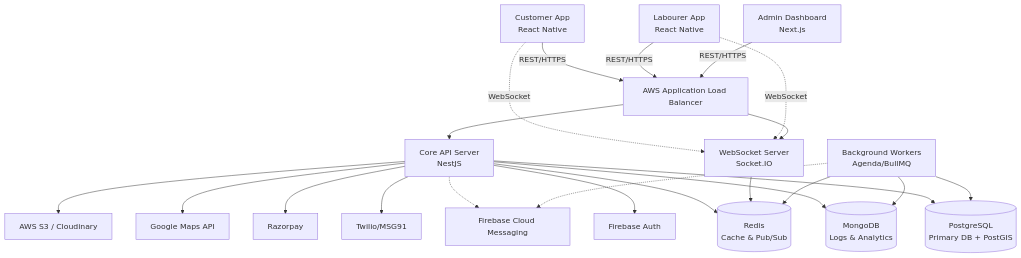
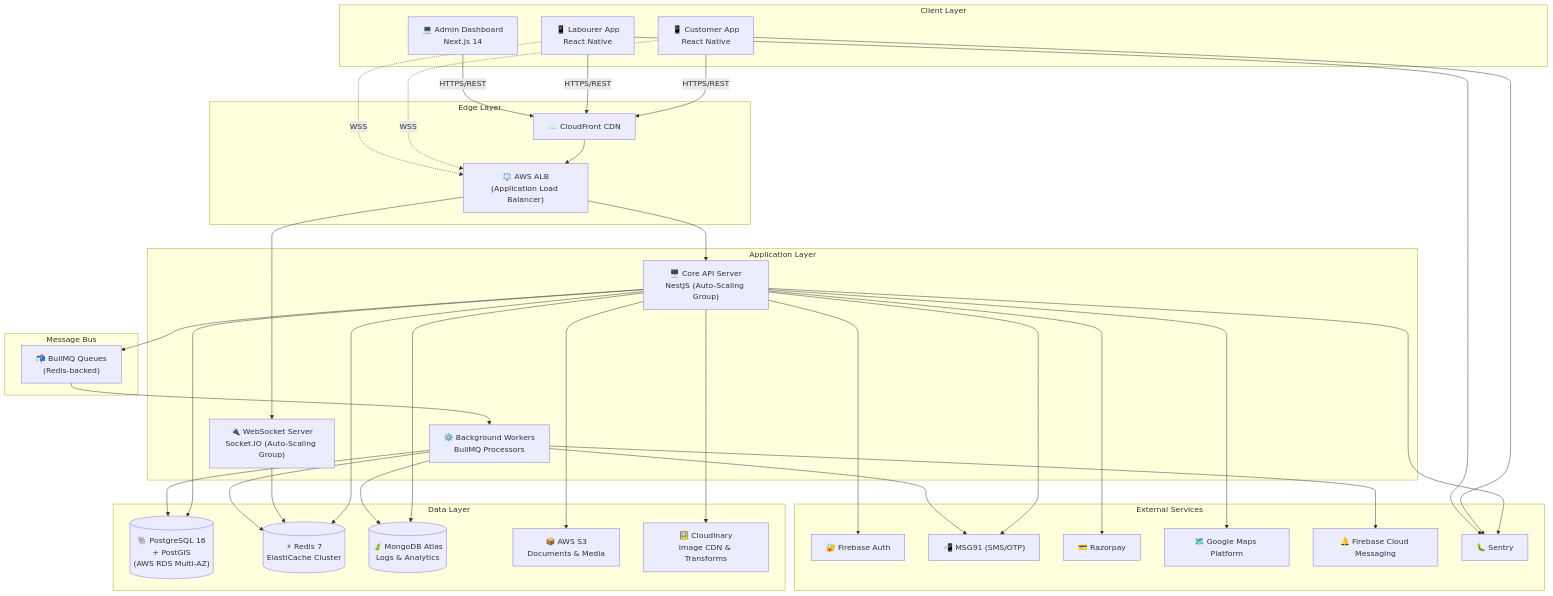
Before and after one commit to kulabour/kulabour: the first of 15 diagrams in 02_TRD.md, drawn with Mermaid. The commit also changed other lines of this file, not shown here.

Commit message:
Major upgrade: Rewrite TRD to senior-engineer quality (208 -> 1200+ lines) with ADRs, architecture diagrams, API specs, security protocols, CI/CD, monitoring, and data flows

````diff
--- a/02_TRD.md
+++ b/02_TRD.md
@@ -17,57 +71,79 @@
 ```mermaid
-graph TD
-    %% Clients
-    CustApp[Customer App\nReact Native]
-    WorkApp[Labourer App\nReact Native]
-    AdminWeb[Admin Dashboard\nNext.js]
+graph TB
+    subgraph "Client Layer"
+        CA["📱 Customer App<br/>React Native"]
+        LA["📱 Labourer App<br/>React Native"]
+        AD["💻 Admin Dashboard<br/>Next.js 14"]
+    end
 
-    %% Load Balancer
-    LB[AWS Application Load Balancer]
+    subgraph "Edge Layer"
+        CF["☁️ CloudFront CDN"]
+        ALB["⚖️ AWS ALB<br/>(Application Load Balancer)"]
+    end
 
-    %% Backend Services
-    API[Core API Server\nNestJS]
-    WS[WebSocket Server\nSocket.IO]
-    Worker[Background Workers\nAgenda/BullMQ]
+    subgraph "Application Layer"
+        API["🖥️ Core API Server<br/>NestJS (Auto-Scaling Group)"]
+        WSS["🔌 WebSocket Server<br/>Socket.IO (Auto-Scaling Group)"]
+        BW["⚙️ Background Workers<br/>BullMQ Processors"]
+    end
 
-    %% Databases
-    DB_PG[(PostgreSQL\nPrimary DB + PostGIS)]
-    DB_Redis[(Redis\nCache & Pub/Sub)]
-    DB_Mongo[(MongoDB\nLogs & Analytics)]
+    subgraph "Data Layer"
+        PG[("🐘 PostgreSQL 16<br/>+ PostGIS<br/>(AWS RDS Multi-AZ)")]
+        RD[("⚡ Redis 7<br/>ElastiCache Cluster")]
+        MG[("🍃 MongoDB Atlas<br/>Logs & Analytics")]
+        S3["📦 AWS S3<br/>Documents & Media"]
+        CLD["🖼️ Cloudinary<br/>Image CDN & Transforms"]
+    end
 
-    %% External Services
-    Auth[Firebase Auth]
-    SMS[Twilio/MSG91]
-    Pay[Razorpay]
-    Map[Google Maps API]
-    Store[AWS S3 / Cloudinary]
-    Push[Firebase Cloud Messaging]
+    subgraph "Message Bus"
+        RQ["📬 BullMQ Queues<br/>(Redis-backed)"]
+    end
 
-    %% Connections
-    CustApp -->|REST/HTTPS| LB
-    WorkApp -->|REST/HTTPS| LB
-    AdminWeb -->|REST/HTTPS| LB
-    
-    CustApp -.->|WebSocket| WS
-    WorkApp -.->|WebSocket| WS
+    subgraph "External Services"
+        FA["🔐 Firebase Auth"]
+        MSG["📲 MSG91 (SMS/OTP)"]
+        RP["💳 Razorpay"]
+        GM["🗺️ Google Maps Platform"]
+        FCM["🔔 Firebase Cloud Messaging"]
+        SEN["🐛 Sentry"]
+    end
 
-    LB --> API
-    LB --> WS
+    %% Client connections
+    CA -->|HTTPS/REST| CF
+    LA -->|HTTPS/REST| CF
+    AD -->|HTTPS/REST| CF
+    CF --> ALB
 
-    API --> DB_PG
-    API --> DB_Redis
-    API --> DB_Mongo
-    WS --> DB_Redis
-    
-    Worker --> DB_PG
-    Worker --> DB_Mongo
-    Worker --> DB_Redis
+    CA -.->|WSS| ALB
+    LA -.->|WSS| ALB
 
-    %% External Connections
-    API --> Auth
-    API --> SMS
-    API --> Pay
-    API --> Map
-    API --> Store
-    API -.-> Push
-    Worker -.-> Push
+    %% Edge to Application
+    ALB --> API
+    ALB --> WSS
+
+    %% Application to Data
+    API --> PG
+    API --> RD
+    API --> MG
+    API --> S3
+    API --> CLD
+    WSS --> RD
+    BW --> PG
+    BW --> RD
+    BW --> MG
+
+    %% Message Bus
+    API --> RQ
+    RQ --> BW
+
+    %% External integrations
+    API --> FA
+    API --> MSG
+    API --> RP
+    API --> GM
+    BW --> FCM
+    BW --> MSG
+    API --> SEN
+    CA --> SEN
+    LA --> SEN
 ```
````
